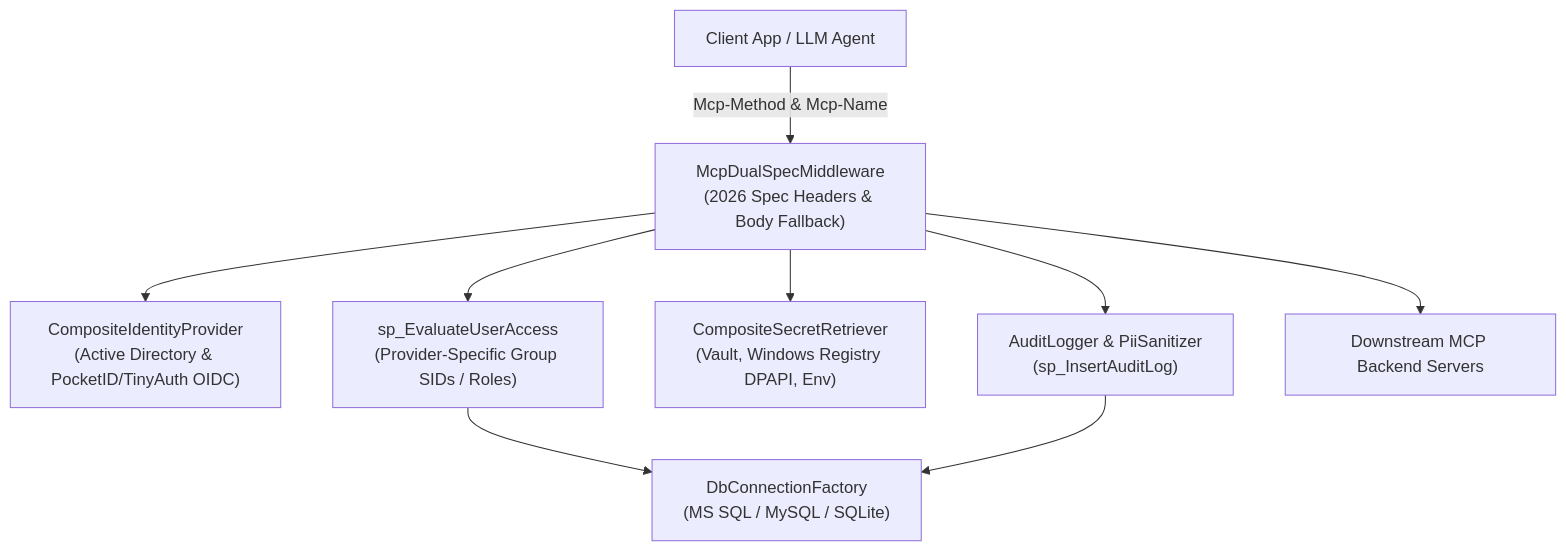
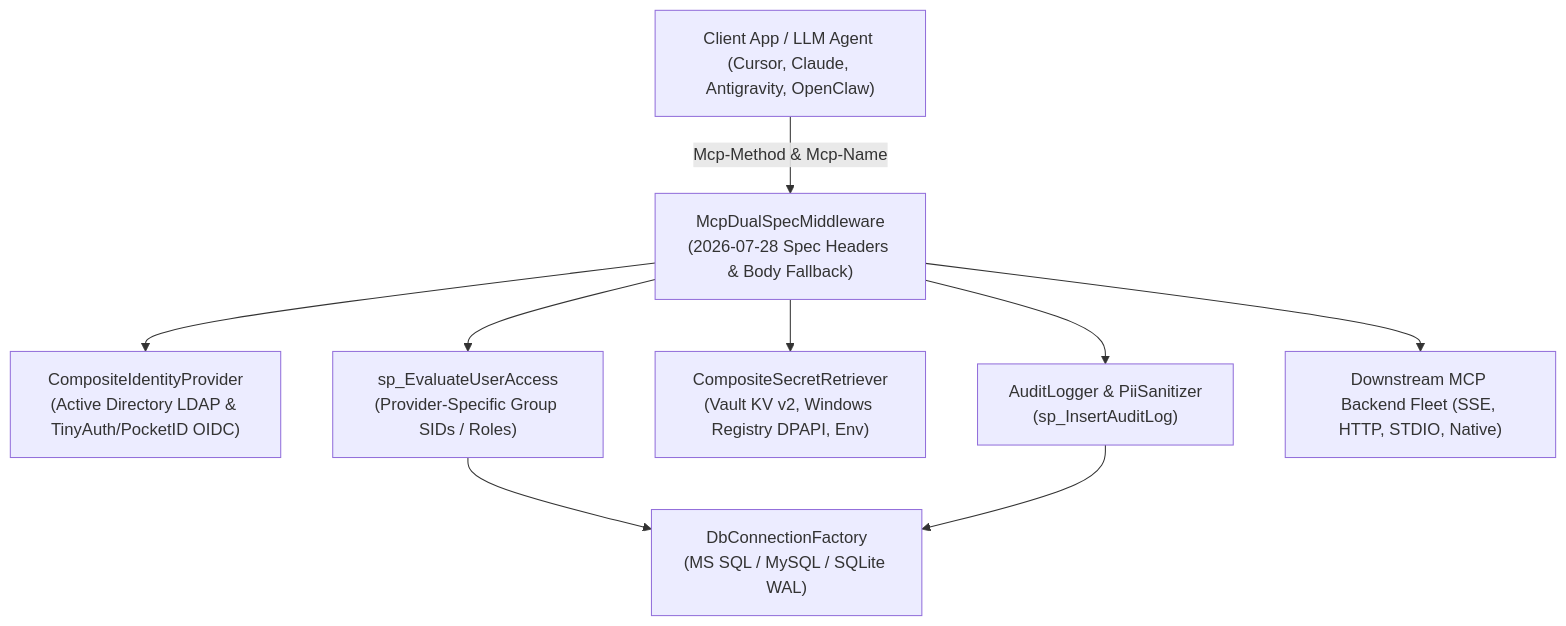
The first of 3 diagrams in ARCHITECTURE.md (spelech/CSharp-MCP-Router), drawn with Mermaid before and after one commit. The commit also changed other lines of this file and 5 other files, not shown here.

Commit message:
docs(architecture): comprehensive enterprise architecture guide with sequence, component, database ERD, and flow diagrams (#57)

````diff
--- a/ARCHITECTURE.md
+++ b/ARCHITECTURE.md
@@ -29,20 +32,20 @@
 ```mermaid
 graph TD
-    Client["Client App / LLM Agent"]
-    Middleware["McpDualSpecMiddleware<br>(2026 Spec Headers & Body Fallback)"]
-    Identity["CompositeIdentityProvider<br>(Active Directory & PocketID/TinyAuth OIDC)"]
+    Client["Client App / LLM Agent (Cursor, Claude, Antigravity, OpenClaw)"]
+    Middleware["McpDualSpecMiddleware<br>(2026-07-28 Spec Headers & Body Fallback)"]
+    Identity["CompositeIdentityProvider<br>(Active Directory LDAP & TinyAuth/PocketID OIDC)"]
     AuthEvaluator["sp_EvaluateUserAccess<br>(Provider-Specific Group SIDs / Roles)"]
-    Secrets["CompositeSecretRetriever<br>(Vault, Windows Registry DPAPI, Env)"]
+    Secrets["CompositeSecretRetriever<br>(Vault KV v2, Windows Registry DPAPI, Env)"]
     Audit["AuditLogger & PiiSanitizer<br>(sp_InsertAuditLog)"]
-    DbFactory["DbConnectionFactory<br>(MS SQL / MySQL / SQLite)"]
-    Downstream["Downstream MCP Backend Servers"]
+    DbFactory["DbConnectionFactory<br>(MS SQL / MySQL / SQLite WAL)"]
+    Downstream["Downstream MCP Backend Fleet (SSE, HTTP, STDIO, Native)"]
 
     Client -->|Mcp-Method & Mcp-Name| Middleware
     Middleware --> Identity
     Middleware --> AuthEvaluator
     AuthEvaluator --> DbFactory
     Middleware --> Secrets
     Middleware --> Downstream
     Middleware --> Audit
     Audit --> DbFactory
 ```
````
